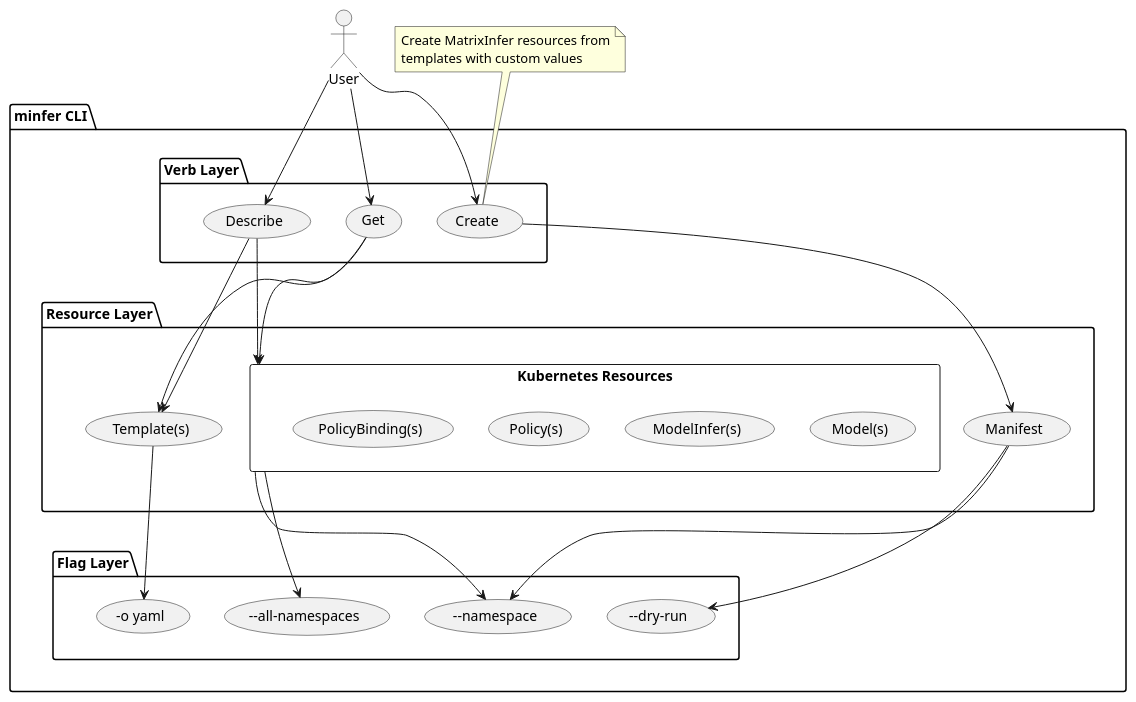
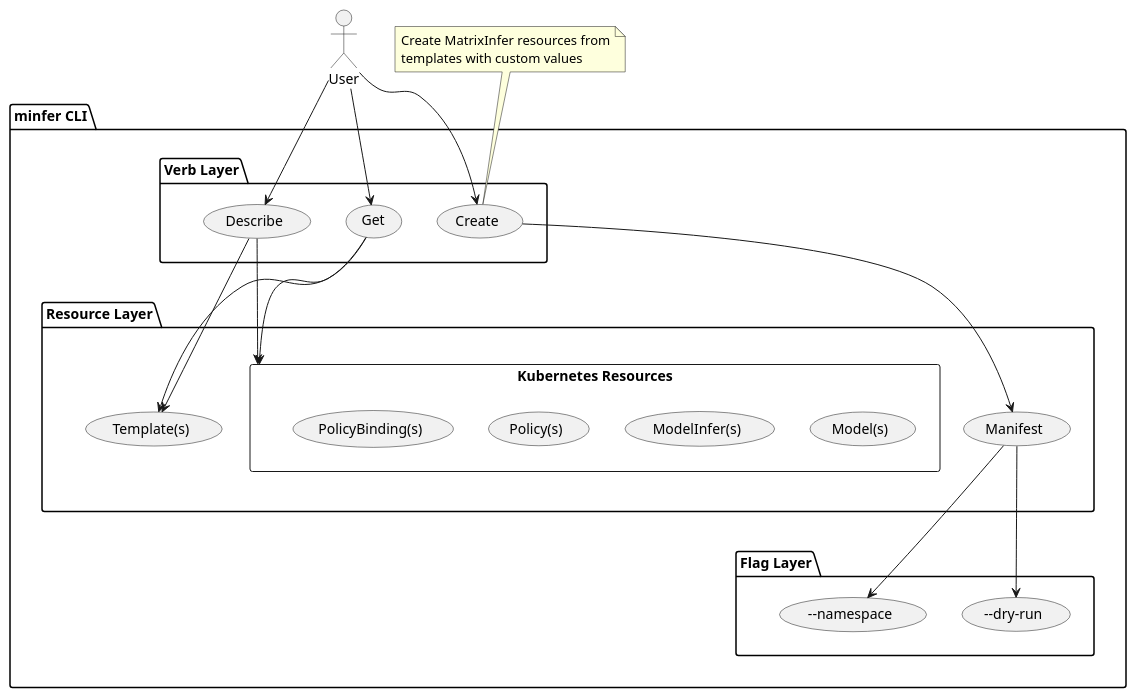
One commit to matrixinfer-ai/kthena changed the first of 2 diagrams in cli/minfer/README.md. Above: the diagram before and after it, drawn with PlantUML.

Commit message:
Simplifies CLI documentation
Removes redundant flag information from the CLI documentation.

This change streamlines the diagram and notes within the README, focusing on core CLI functionalities and their relationships.

````diff
--- a/cli/minfer/README.md
+++ b/cli/minfer/README.md
@@ -9,67 +9,61 @@
 ```plantuml
 
 actor "User" as user
 
 package "minfer CLI" {
   
   package "Verb Layer" as verbLayer{
     usecase "Get" as GetVerb
     usecase "Describe" as DescribeVerb
     usecase "Create" as CreateVerb
   }
   
   package "Resource Layer" as ResourceLayer {
     usecase "Template(s)" as Template
     usecase "Manifest" as Manifest
     
     rectangle "Kubernetes Resources" as KubernetesResources {
        usecase "Model(s)" as ModelResource
        usecase "ModelInfer(s)" as ModelInferResource
        usecase "Policy(s)" as PolicyResource
        usecase "PolicyBinding(s)" as PolicyBindingResource
     }
   }
   
   package "Flag Layer" as FlagLayer{
-    usecase "-o yaml" as OutputFlag
     usecase "--dry-run" as DryRunFlag
     usecase "--namespace" as NamespaceFlag
-    usecase "--all-namespaces" as AllNamespacesFlag
   }
 }
 
 ' User interactions with verb layer (kubectl-style)
 user --> GetVerb
 user --> DescribeVerb
 user --> CreateVerb
 
 ' Verb layer connects to resource layer
 CreateVerb --> Manifest
 GetVerb --> Template
 GetVerb --> KubernetesResources
 
 DescribeVerb --> Template
 DescribeVerb --> KubernetesResources
 
 ' Resources can use flags
 Manifest --> NamespaceFlag
 Manifest --> DryRunFlag
-Template --> OutputFlag
-
-KubernetesResources --> AllNamespacesFlag
-KubernetesResources --> NamespaceFlag
 
 note top of CreateVerb
   Create MatrixInfer resources from
   templates with custom values
 end note
 
 ' layout
 GetVerb -[hidden]-> ModelResource
 GetVerb -[hidden]-> ModelInferResource
 GetVerb -[hidden]-> PolicyResource
 GetVerb -[hidden]-> PolicyBindingResource
 
 verbLayer -[hidden]-> ResourceLayer
 ResourceLayer -[hidden]-> FlagLayer
 ```
````
